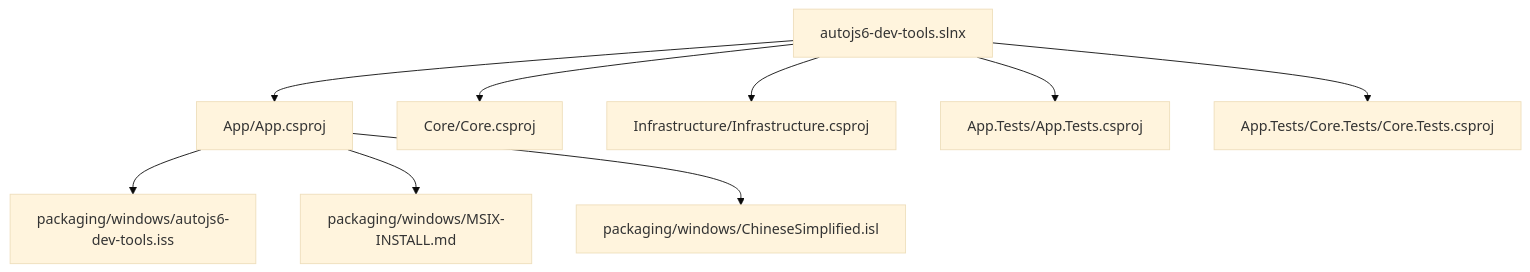
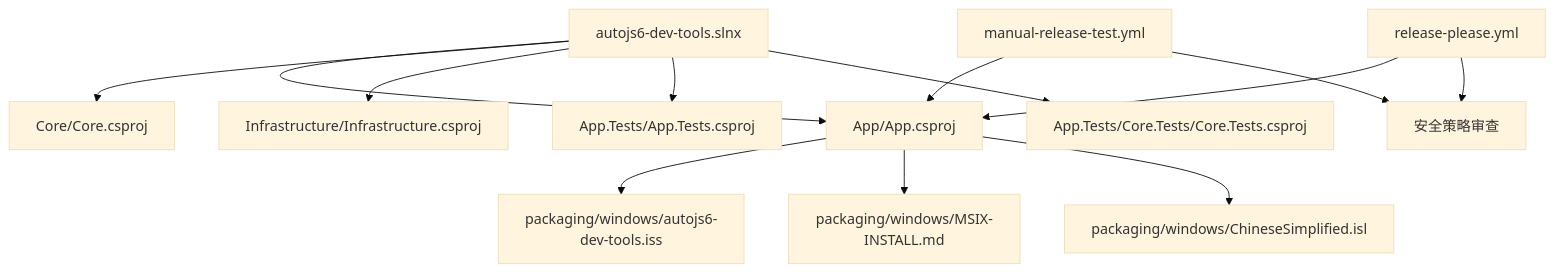
One commit to terwer/autojs6-dev-tools changed the seventh of 7 diagrams in .qoder/repowiki/zh/content/贡献指南/代码贡献规范/开发流程与代码审查/持续集成与部署.md. Above: the diagram before and after it, drawn with Mermaid (base theme). The commit also changed other lines of this file and 11 other files, not shown here.

````diff
--- a/.qoder/repowiki/zh/content/贡献指南/代码贡献规范/开发流程与代码审查/持续集成与部署.md
+++ b/.qoder/repowiki/zh/content/贡献指南/代码贡献规范/开发流程与代码审查/持续集成与部署.md
@@ -292,20 +324,27 @@
 ```mermaid
 graph TB
 SLN["autojs6-dev-tools.slnx"]
 APP["App/App.csproj"]
 CORE["Core/Core.csproj"]
 INFRA["Infrastructure/Infrastructure.csproj"]
 TEST_APP["App.Tests/App.Tests.csproj"]
 TEST_CORE["App.Tests/Core.Tests/Core.Tests.csproj"]
 ISS["packaging/windows/autojs6-dev-tools.iss"]
 MSIX["packaging/windows/MSIX-INSTALL.md"]
 ISL["packaging/windows/ChineseSimplified.isl"]
+MANUAL["manual-release-test.yml"]
+RELEASE["release-please.yml"]
+SEC["安全策略审查"]
 SLN --> APP
 SLN --> CORE
 SLN --> INFRA
 SLN --> TEST_APP
 SLN --> TEST_CORE
 APP --> ISS
 APP --> MSIX
 APP --> ISL
+MANUAL --> APP
+RELEASE --> APP
+MANUAL --> SEC
+RELEASE --> SEC
 ```
````
